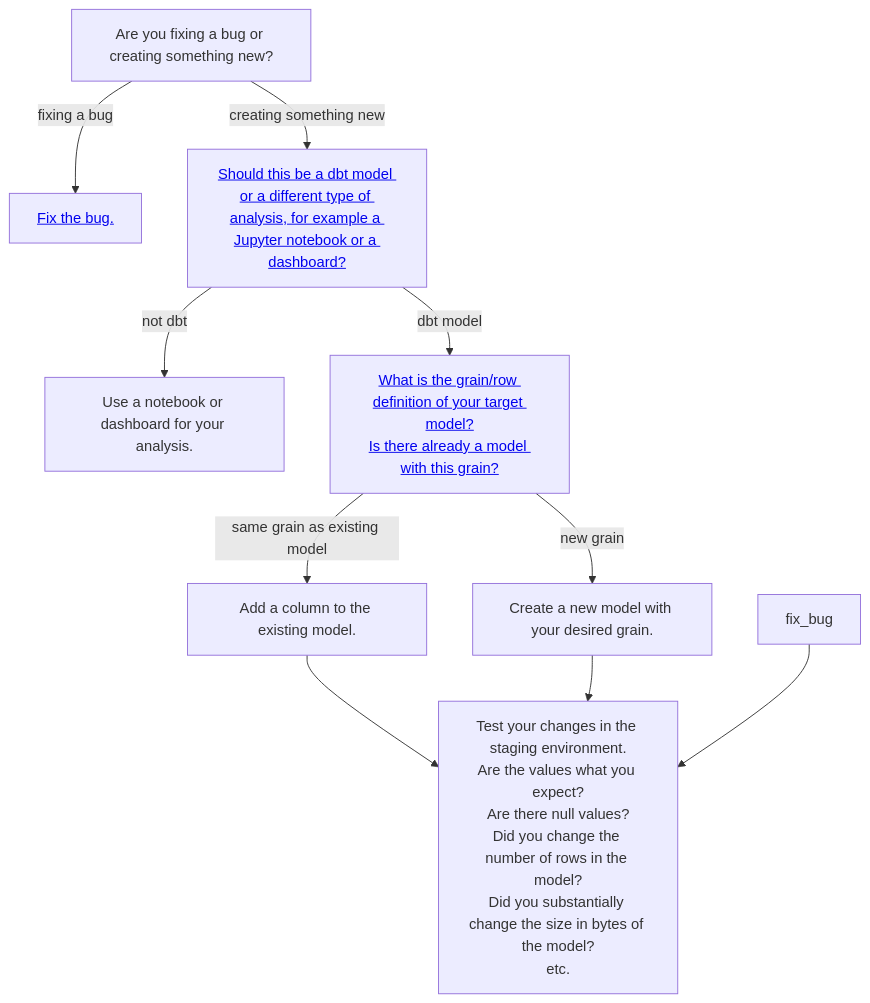
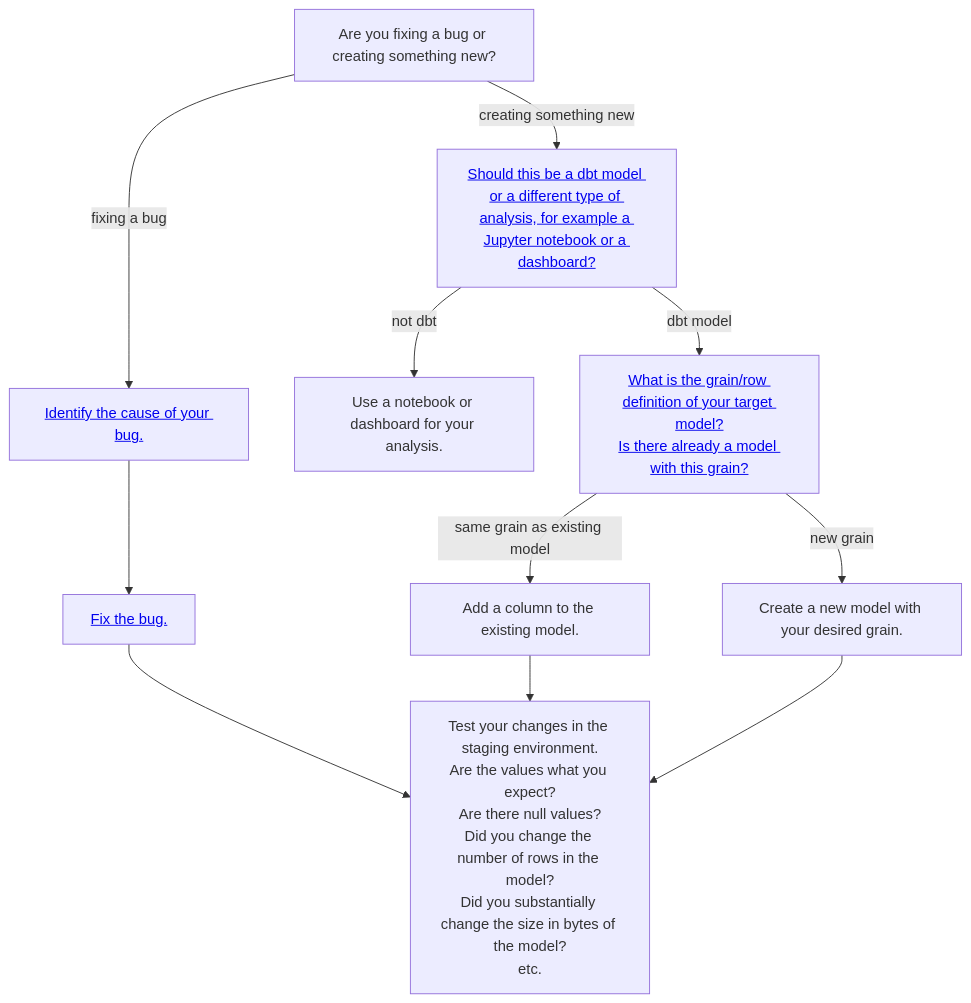
One commit to cal-itp/data-infra changed the diagram in docs/warehouse/developing_dbt_models.md. Above: the diagram before and after it, drawn with Mermaid. The commit also changed other lines of this file, not shown here.

````diff
--- a/docs/warehouse/developing_dbt_models.md
+++ b/docs/warehouse/developing_dbt_models.md
@@ -42,23 +42,24 @@
 ```{mermaid}
 flowchart TD
 
 workflow_type[Are you fixing a bug or creating something new?]
 identify_bug[<a href='developing_dbt_models#identify-bug'>Identify the cause of your bug.</a>]
-identify_bug[<a href='developing_dbt_models#fix-bug'>Fix the bug.</a>]
+fix_bug[<a href='developing_dbt_models#fix-bug'>Fix the bug.</a>]
 tool_choice[<a href='developing_dbt_models#tool-choice'>Should this be a dbt model or a different type of analysis, for example a Jupyter notebook or a dashboard?</a>]
 not_dbt[Use a notebook or dashboard for your analysis.]
 grain[<a href='developing_dbt_models#tool-choice'>What is the grain/row definition of your target model?<br>Is there already a model with this grain?</a>]
 add_column[Add a column to the existing model.]
 new_model[Create a new model with your desired grain.]
 test_changes[Test your changes in the staging environment.<br>Are the values what you expect?<br>Are there null values?<br>Did you change the number of rows in the model?<br>Did you substantially change the size in bytes of the model?<br>etc.]
 
 workflow_type -- fixing a bug --> identify_bug
+identify_bug --> fix_bug
+fix_bug --> test_changes
 workflow_type -- creating something new --> tool_choice
 tool_choice -- dbt model--> grain
 tool_choice -- not dbt --> not_dbt
 grain -- same grain as existing model --> add_column
 grain -- new grain --> new_model
 add_column --> test_changes
 new_model --> test_changes
-fix_bug --> test_changes
 ```
````
